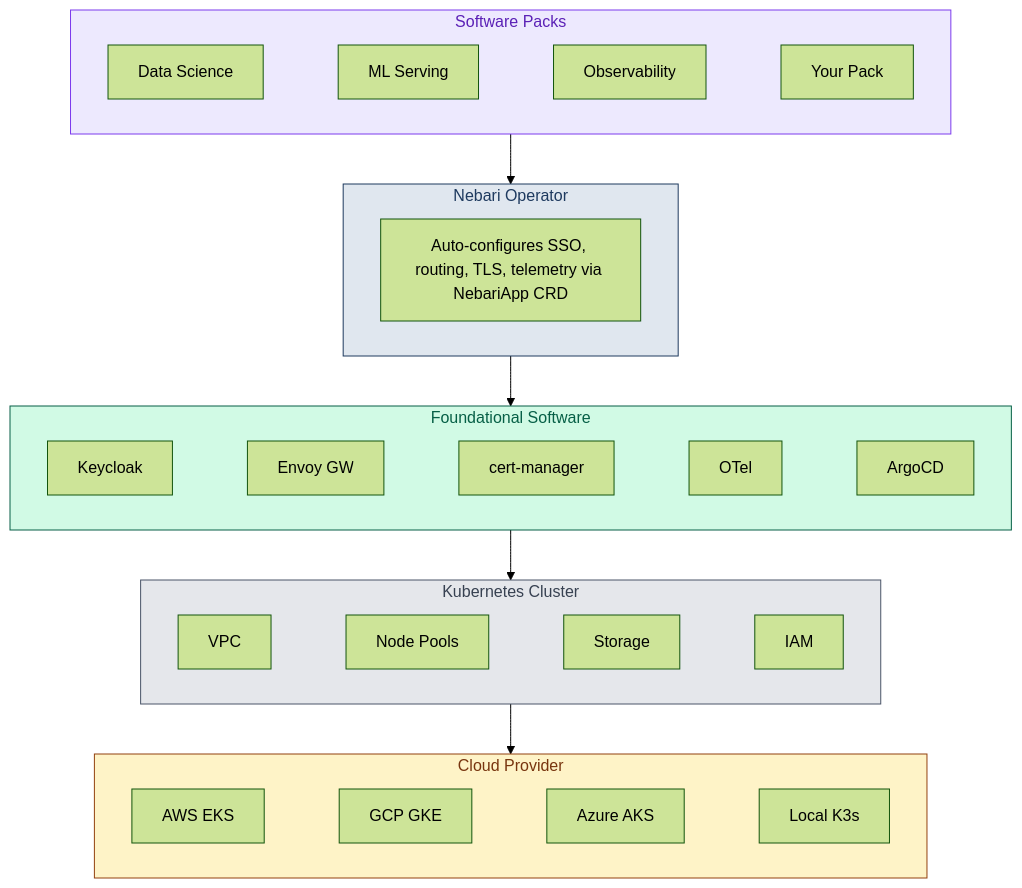
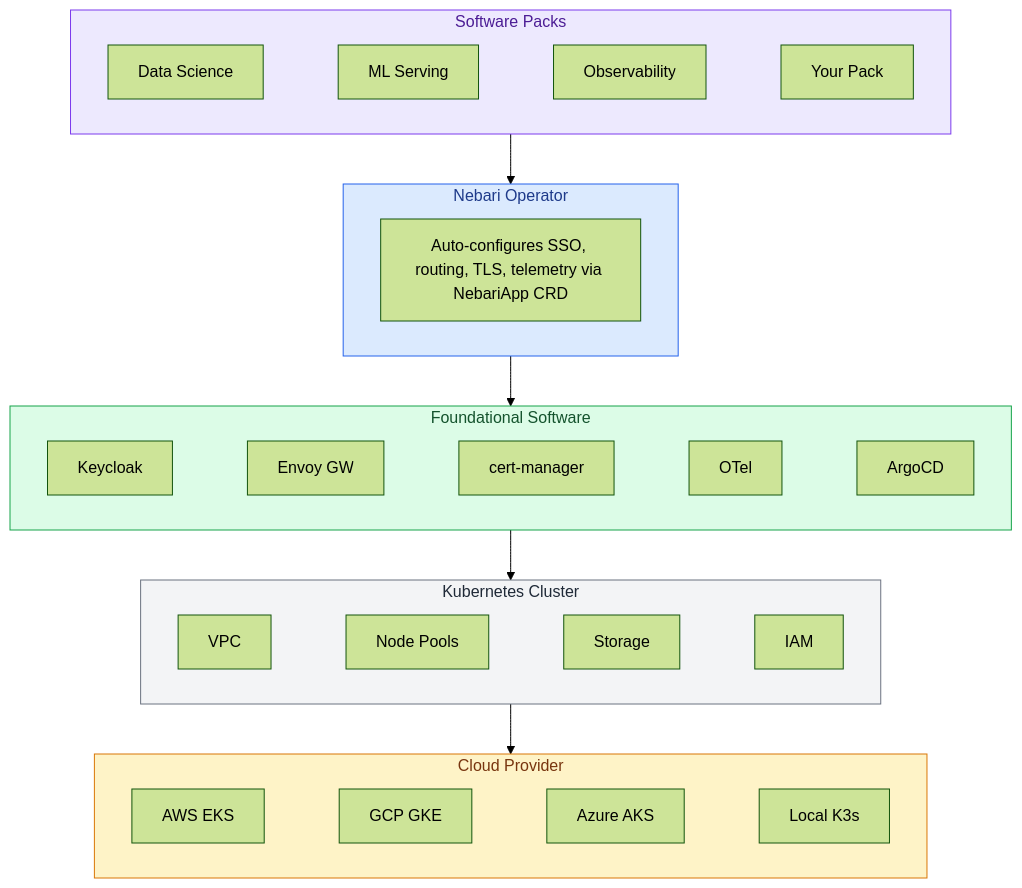
Before and after one commit to nebari-dev/nebari-infrastructure-core: the first of 2 diagrams in README.md, drawn with Mermaid (forest theme).

Commit message:
Improve architecture diagram contrast for accessibility

````diff
--- a/README.md
+++ b/README.md
@@ -55,34 +55,34 @@
 ```mermaid
 flowchart TD
   subgraph SP["Software Packs"]
     direction LR
     ds["Data Science"] ~~~ ml["ML Serving"] ~~~ obs["Observability"] ~~~ custom["Your Pack"]
   end
 
   subgraph NO["Nebari Operator"]
     op["Auto-configures SSO, routing, TLS, telemetry via NebariApp CRD"]
   end
 
   subgraph FS["Foundational Software"]
     direction LR
     kc["Keycloak"] ~~~ eg["Envoy GW"] ~~~ cm["cert-manager"] ~~~ ot["OTel"] ~~~ ac["ArgoCD"]
   end
 
   subgraph K8["Kubernetes Cluster"]
     direction LR
     vpc["VPC"] ~~~ np["Node Pools"] ~~~ st["Storage"] ~~~ iam["IAM"]
   end
 
   subgraph CP["Cloud Provider"]
     direction LR
     aws["AWS EKS"] ~~~ gcp["GCP GKE"] ~~~ az["Azure AKS"] ~~~ k3s["Local K3s"]
   end
 
   SP --> NO --> FS --> K8 --> CP
 
-  style SP fill:#ede9fe,stroke:#7c3aed,color:#5b21b6
-  style NO fill:#e0e7ef,stroke:#1e3a5f,color:#1e3a5f
-  style FS fill:#d1fae5,stroke:#065f46,color:#065f46
-  style K8 fill:#e5e7eb,stroke:#4a5568,color:#374151
-  style CP fill:#fef3c7,stroke:#92400e,color:#78350f
+  style SP fill:#ede9fe,stroke:#7c3aed,color:#4c1d95
+  style NO fill:#dbeafe,stroke:#2563eb,color:#1e3a8a
+  style FS fill:#dcfce7,stroke:#16a34a,color:#14532d
+  style K8 fill:#f3f4f6,stroke:#6b7280,color:#1f2937
+  style CP fill:#fef3c7,stroke:#d97706,color:#78350f
 ```
````
